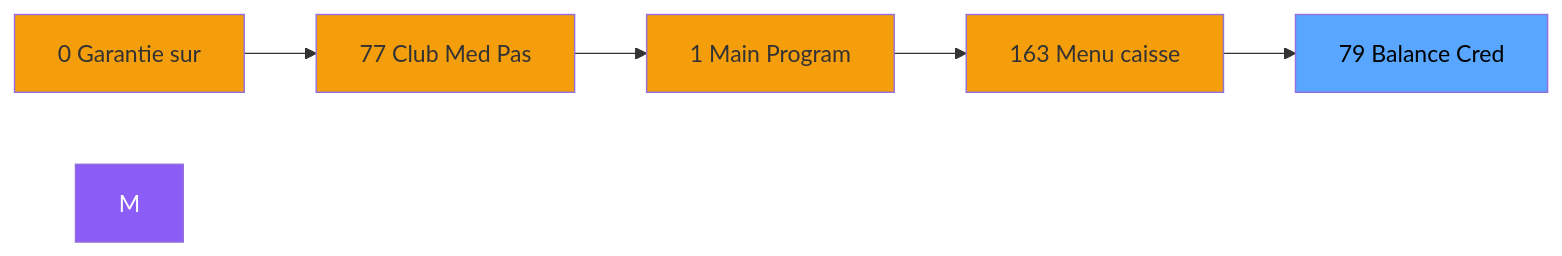
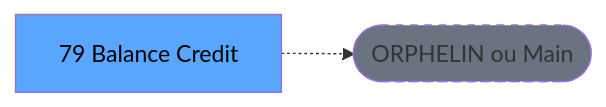
Before and after one commit to thonyAGP/lecteur-magic: the second of 3 diagrams in .openspec/specs/ADH-IDE-79.md, drawn with Mermaid. The commit also changed other lines of this file and 701 other files, not shown here.

````diff
--- a/.openspec/specs/ADH-IDE-79.md
+++ b/.openspec/specs/ADH-IDE-79.md
@@ -131,18 +122,8 @@
 ```mermaid
 graph LR
-    N0[0 Garantie sur]
-    N77[77 Club Med Pas]
-    N1[1 Main Program]
-    N163[163 Menu caisse ]
-    T[79 Balance Cred]
-    N0 --> N77
-    N77 --> N1
-    N1 --> N163
-    N163 --> T
-    style M fill:#8b5cf6,color:#fff
-    style N0 fill:#f59e0b
-    style N77 fill:#f59e0b
-    style N1 fill:#f59e0b
-    style N163 fill:#f59e0b
+    T[79 Balance Credit ]
+    ORPHAN([ORPHELIN ou Main])
+    T -.-> ORPHAN
     style T fill:#58a6ff,color:#000
+    style ORPHAN fill:#6b7280,stroke-dasharray: 5 5
 ```
````
